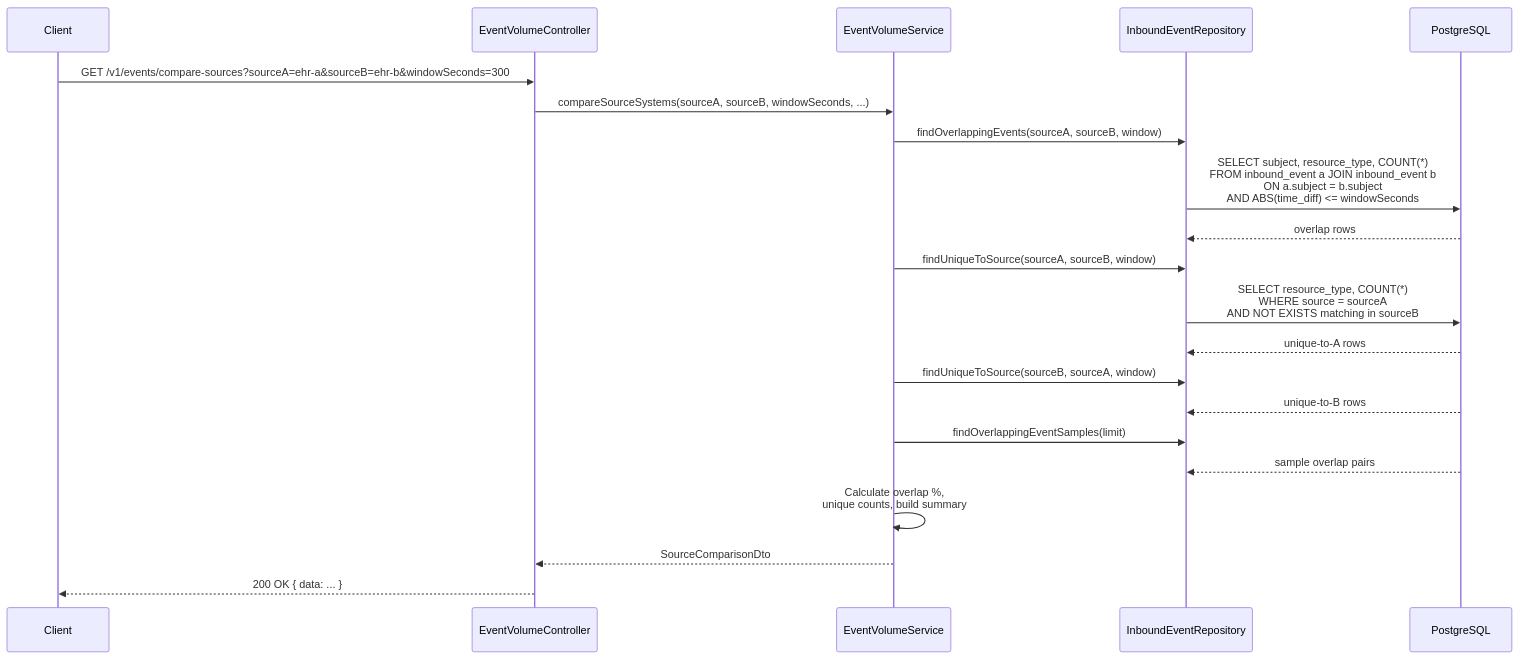
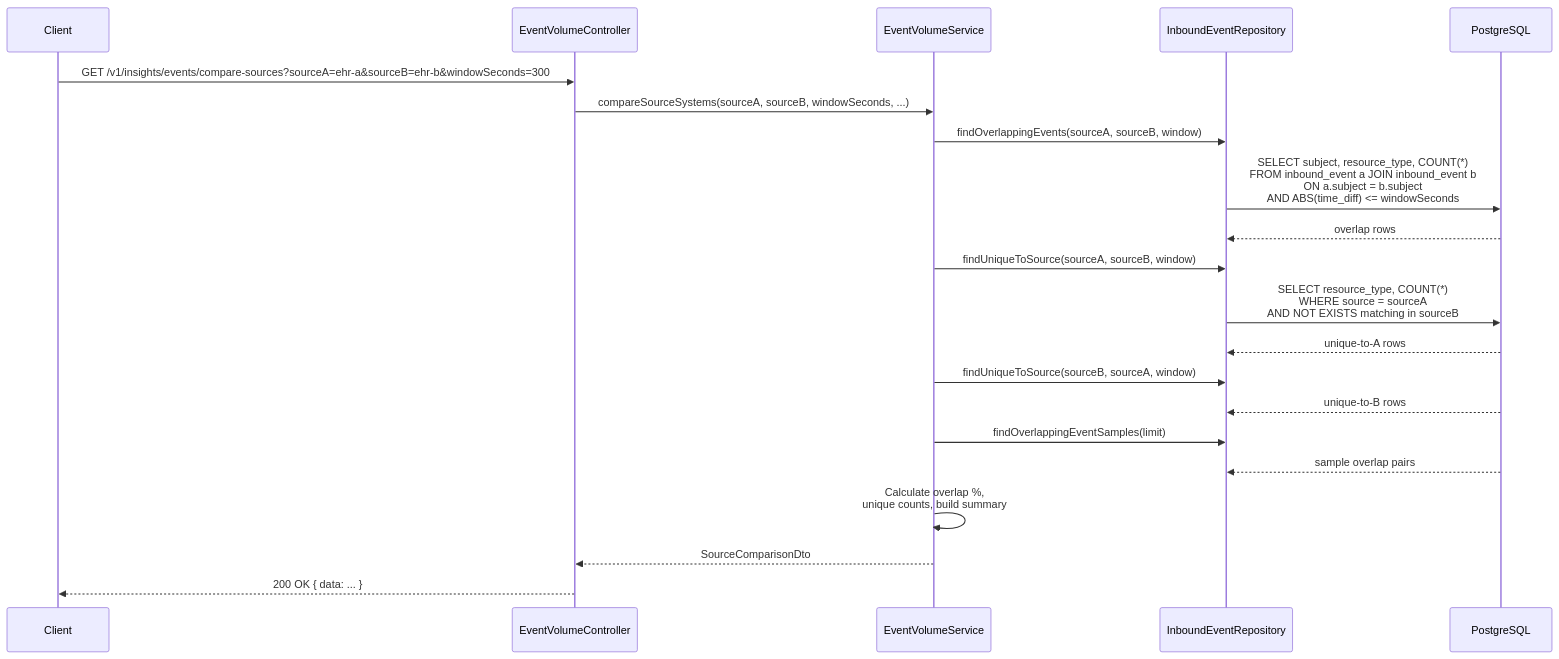
One commit to AjishaVayoli-Tarento/cce-insights-service changed diagram 23 of 27 in docs/flow-diagrams.md. Above: the diagram before and after it, drawn with Mermaid. The commit also changed other lines of this file and 27 other files, not shown here.

````diff
--- a/docs/flow-diagrams.md
+++ b/docs/flow-diagrams.md
@@ -479,29 +479,29 @@
 ```mermaid
 sequenceDiagram
     participant Client
     participant Controller as EventVolumeController
     participant Service as EventVolumeService
     participant InboundRepo as InboundEventRepository
     participant DB as PostgreSQL
 
-    Client->>Controller: GET /v1/events/compare-sources?sourceA=ehr-a&sourceB=ehr-b&windowSeconds=300
+    Client->>Controller: GET /v1/insights/events/compare-sources?sourceA=ehr-a&sourceB=ehr-b&windowSeconds=300
     Controller->>Service: compareSourceSystems(sourceA, sourceB, windowSeconds, ...)
 
     Service->>InboundRepo: findOverlappingEvents(sourceA, sourceB, window)
     InboundRepo->>DB: SELECT subject, resource_type, COUNT(*)<br/>FROM inbound_event a JOIN inbound_event b<br/>ON a.subject = b.subject<br/>AND ABS(time_diff) <= windowSeconds
     DB-->>InboundRepo: overlap rows
 
     Service->>InboundRepo: findUniqueToSource(sourceA, sourceB, window)
     InboundRepo->>DB: SELECT resource_type, COUNT(*)<br/>WHERE source = sourceA<br/>AND NOT EXISTS matching in sourceB
     DB-->>InboundRepo: unique-to-A rows
 
     Service->>InboundRepo: findUniqueToSource(sourceB, sourceA, window)
     DB-->>InboundRepo: unique-to-B rows
 
     Service->>InboundRepo: findOverlappingEventSamples(limit)
     DB-->>InboundRepo: sample overlap pairs
 
     Service->>Service: Calculate overlap %,<br/>unique counts, build summary
     Service-->>Controller: SourceComparisonDto
     Controller-->>Client: 200 OK { data: ... }
 ```
````
